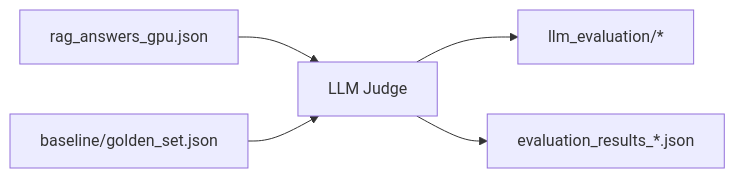
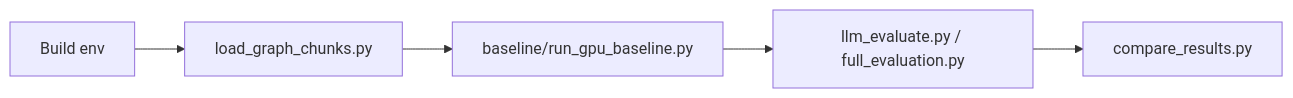
Before and after one commit to alexx-kor/compacs-ai-engine: the diagram in README.md, drawn with Mermaid. The commit also changed other lines of this file, not shown here.

````diff
--- a/README.md
+++ b/README.md
@@ -79,7 +29,7 @@
 ```mermaid
 flowchart LR
-    A[rag_answers_gpu.json] --> B[LLM Judge]
-    C[baseline/golden_set.json] --> B
-    B --> D[llm_evaluation/*]
-    B --> E[evaluation_results_*.json]
+    A[Build env] --> B[load_graph_chunks.py]
+    B --> C[baseline/run_gpu_baseline.py]
+    C --> D[llm_evaluate.py / full_evaluation.py]
+    D --> E[compare_results.py]
 ```
````
